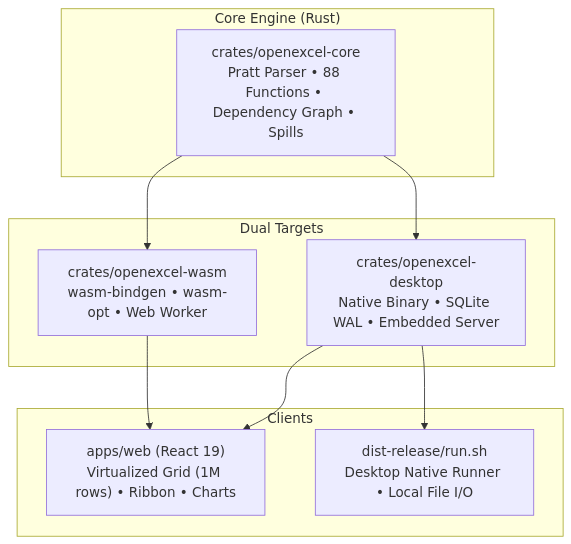
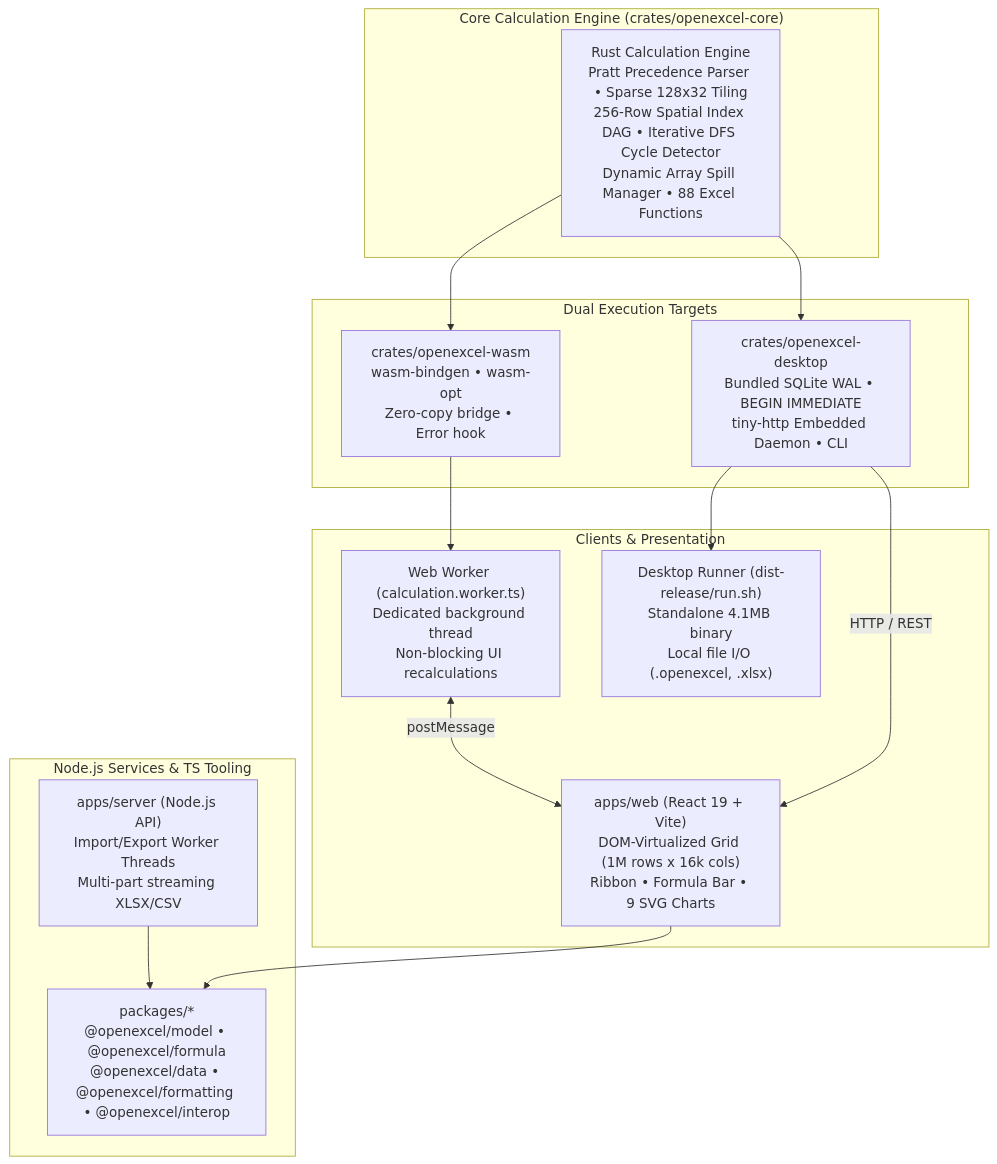
The diagram in README.md (yuvrajnagi/excellence-chart), drawn with Mermaid before and after one commit. The commit also changed other lines of this file and 15 other files, not shown here.

Commit message:
feat(web): integrate WASM formula engine into calculation worker with fallback, update release bundle and benchmarks

````diff
--- a/README.md
+++ b/README.md
@@ -11,22 +19,31 @@
 ```mermaid
 graph TD
-    subgraph "Core Engine (Rust)"
-        Core["crates/openexcel-core<br/>Pratt Parser • 88 Functions • Dependency Graph • Spills"]
+    subgraph "Core Calculation Engine (crates/openexcel-core)"
+        CoreEngine["Rust Calculation Engine<br/>Pratt Precedence Parser • Sparse 128x32 Tiling<br/>256-Row Spatial Index DAG • Iterative DFS Cycle Detector<br/>Dynamic Array Spill Manager • 88 Excel Functions"]
     end
 
-    subgraph "Dual Targets"
-        WASM["crates/openexcel-wasm<br/>wasm-bindgen • wasm-opt • Web Worker"]
-        Desktop["crates/openexcel-desktop<br/>Native Binary • SQLite WAL • Embedded Server"]
+    subgraph "Dual Execution Targets"
+        WasmTarget["crates/openexcel-wasm<br/>wasm-bindgen • wasm-opt<br/>Zero-copy bridge • Error hook"]
+        DesktopTarget["crates/openexcel-desktop<br/>Bundled SQLite WAL • BEGIN IMMEDIATE<br/>tiny-http Embedded Daemon • CLI"]
     end
 
-    subgraph "Clients"
-        WebUI["apps/web (React 19)<br/>Virtualized Grid (1M rows) • Ribbon • Charts"]
-        DesktopApp["dist-release/run.sh<br/>Desktop Native Runner • Local File I/O"]
+    subgraph "Clients & Presentation"
+        WebClient["apps/web (React 19 + Vite)<br/>DOM-Virtualized Grid (1M rows x 16k cols)<br/>Ribbon • Formula Bar • 9 SVG Charts"]
+        WebWorker["Web Worker (calculation.worker.ts)<br/>Dedicated background thread<br/>Non-blocking UI recalculations"]
+        DesktopApp["Desktop Runner (dist-release/run.sh)<br/>Standalone 4.1MB binary<br/>Local file I/O (.openexcel, .xlsx)"]
     end
 
-    Core --> WASM
-    Core --> Desktop
-    WASM --> WebUI
-    Desktop --> WebUI
-    Desktop --> DesktopApp
+    subgraph "Node.js Services & TS Tooling"
+        Server["apps/server (Node.js API)<br/>Import/Export Worker Threads<br/>Multi-part streaming XLSX/CSV"]
+        TSPackages["packages/*<br/>@openexcel/model • @openexcel/formula<br/>@openexcel/data • @openexcel/formatting • @openexcel/interop"]
+    end
+
+    CoreEngine --> WasmTarget
+    CoreEngine --> DesktopTarget
+    WasmTarget --> WebWorker
+    WebWorker <-->|postMessage| WebClient
+    DesktopTarget --> DesktopApp
+    DesktopTarget -->|HTTP / REST| WebClient
+    Server --> TSPackages
+    WebClient --> TSPackages
 ```
````
